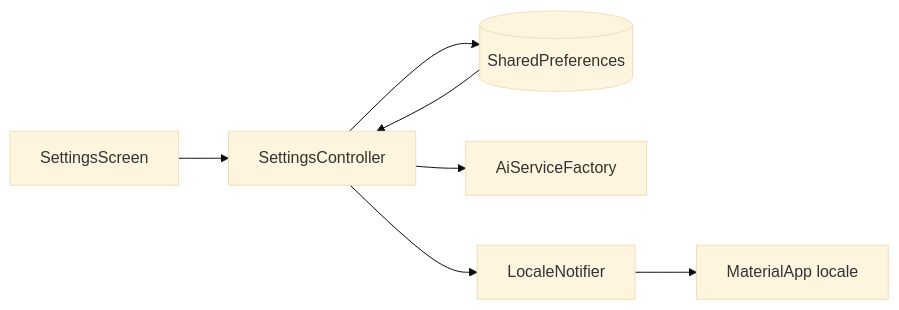
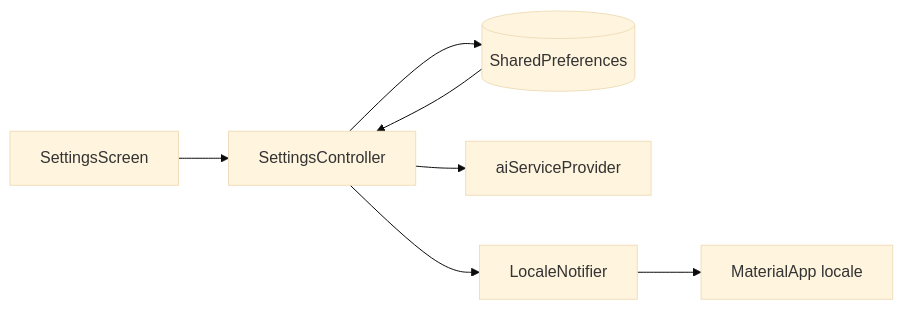
The second of 3 diagrams in docs/architecture.md (rdOxalis/tafsiri), drawn with Mermaid (base theme) before and after one commit. The commit also changed other lines of this file and 2 other files, not shown here.

````diff
--- a/docs/architecture.md
+++ b/docs/architecture.md
@@ -52,9 +63,9 @@
 ```mermaid
 flowchart LR
     S[SettingsScreen] --> SC[SettingsController]
     SC --> SP[(SharedPreferences)]
     SP --> SC
-    SC --> ASF[AiServiceFactory]
+    SC --> ASF[aiServiceProvider]
     SC --> LN[LocaleNotifier]
     LN --> MA[MaterialApp locale]
 ```
````
